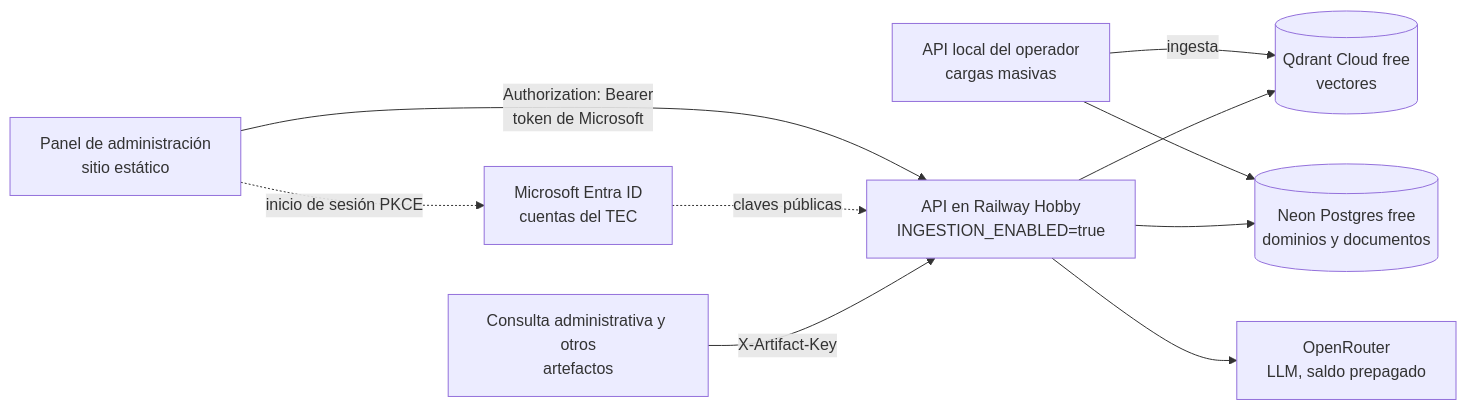
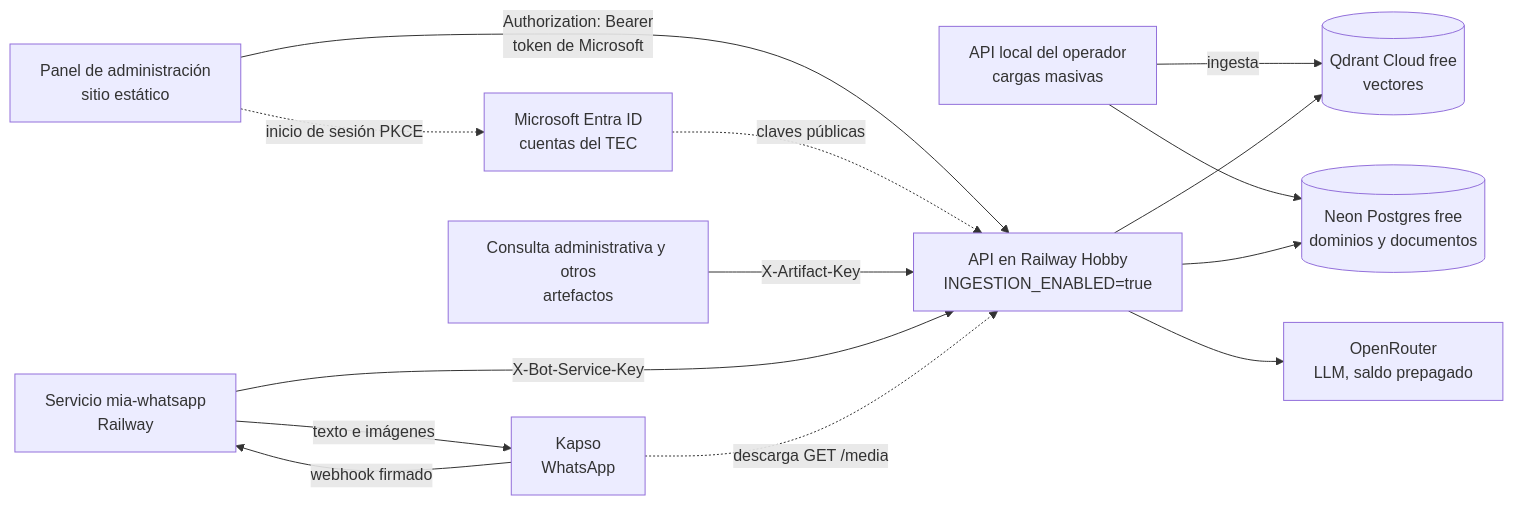
One commit to K-lobiTo/MIA changed the diagram in docs/ARQUITECTURA.md. Above: the diagram before and after it, drawn with Mermaid. The commit also changed other lines of this file and 108 other files, not shown here.

Commit message:
Feature 011: bot de WhatsApp con Kapso (servicio mia-whatsapp, modulo Bots, imagenes por documento, contador mensual) y documentacion

````diff
--- a/docs/ARQUITECTURA.md
+++ b/docs/ARQUITECTURA.md
@@ -174,12 +203,16 @@
 ```mermaid
 flowchart LR
     P[Panel de administración<br/>sitio estático] -->|Authorization: Bearer<br/>token de Microsoft| R
     M[Microsoft Entra ID<br/>cuentas del TEC] -.->|claves públicas| R
     P -.->|inicio de sesión PKCE| M
     U[Consulta administrativa y otros<br/>artefactos] -->|X-Artifact-Key| R[API en Railway Hobby<br/>INGESTION_ENABLED=true]
+    W[Servicio mia-whatsapp<br/>Railway] -->|X-Bot-Service-Key| R
+    K[Kapso<br/>WhatsApp] -->|webhook firmado| W
+    W -->|texto e imágenes| K
+    K -.->|descarga GET /media| R
     L[API local del operador<br/>cargas masivas] -->|ingesta| Q
     L --> N
     R --> Q[(Qdrant Cloud free<br/>vectores)]
     R --> N[(Neon Postgres free<br/>dominios y documentos)]
     R --> G[OpenRouter<br/>LLM, saldo prepagado]
 ```
````
